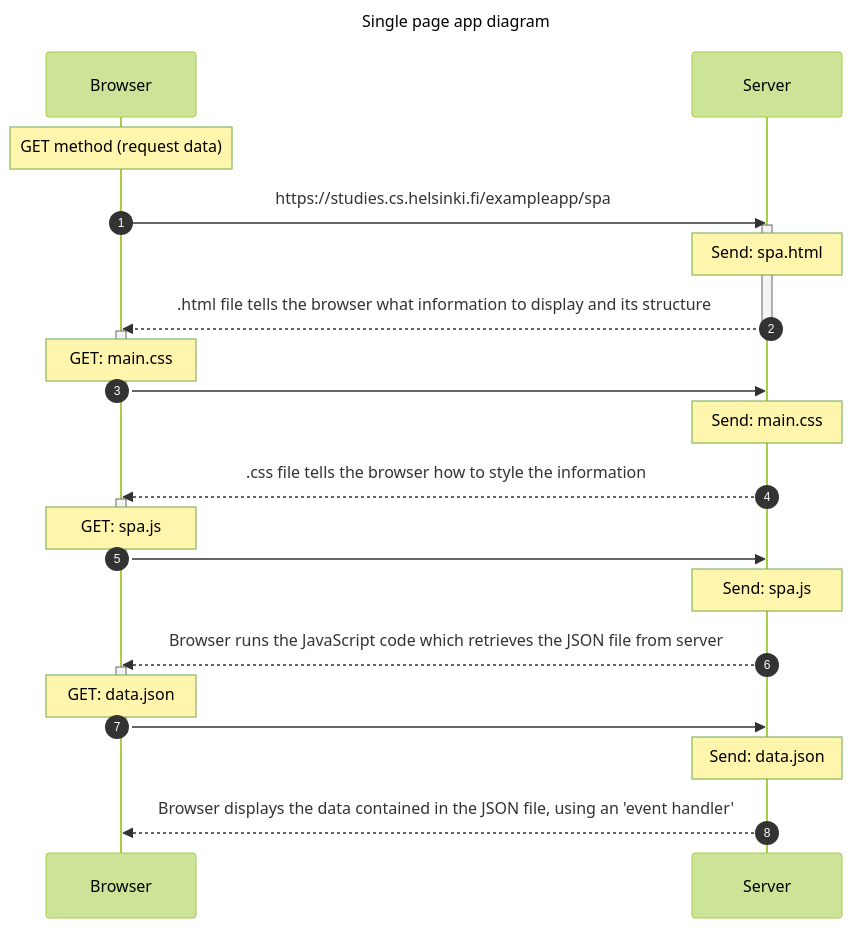
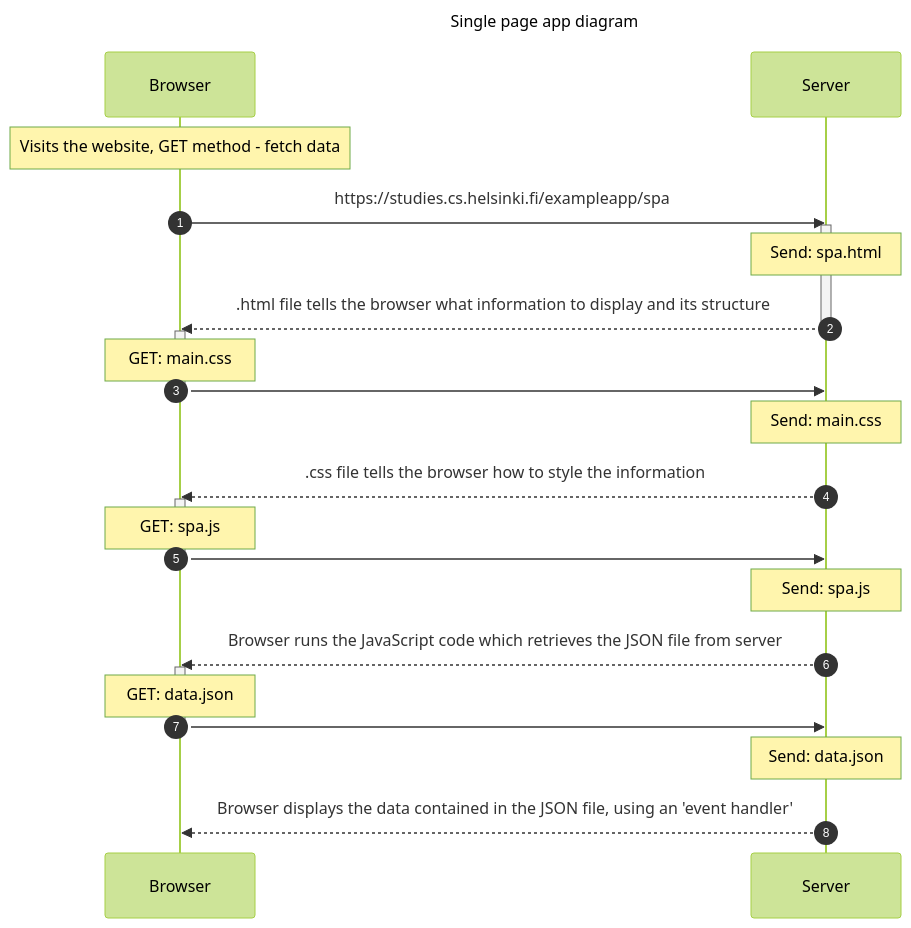
The diagram in part0/single-page-app-diagram.mmd (Bitlaw/fullstackopen-submissions-repository), drawn with Mermaid (forest theme) before and after one commit.

```diff
--- a/part0/single-page-app-diagram.mmd
+++ b/part0/single-page-app-diagram.mmd
@@ -1,37 +1,37 @@
 ---
 title: Single page app diagram 
 ---
 
 
 sequenceDiagram
 
     autonumber
 
-    Note over Browser:  GET method (request data)
+    Note over Browser:  Visits the website, GET method - fetch data
     Browser->>Server: https://studies.cs.helsinki.fi/exampleapp/spa
 
     activate Server
     Note over Server: Send: spa.html
     Server-->>Browser: .html file tells the browser what information to display and its structure
     deactivate Server
 
     activate Browser 
     Note over Browser: GET: main.css 
     Browser->>Server: 
     deactivate Browser 
     Note over Server: Send: main.css 
     Server-->>Browser: .css file tells the browser how to style the information
 
     activate Browser 
     Note over Browser: GET: spa.js 
     Browser->>Server: 
     deactivate Browser 
     Note over Server: Send: spa.js 
     Server-->>Browser: Browser runs the JavaScript code which retrieves the JSON file from server
 
     activate Browser 
     Note over Browser: GET: data.json 
     Browser->>Server: 
     deactivate Browser 
     Note over Server: Send: data.json
     Server-->>Browser: Browser displays the data contained in the JSON file, using an 'event handler'
```
